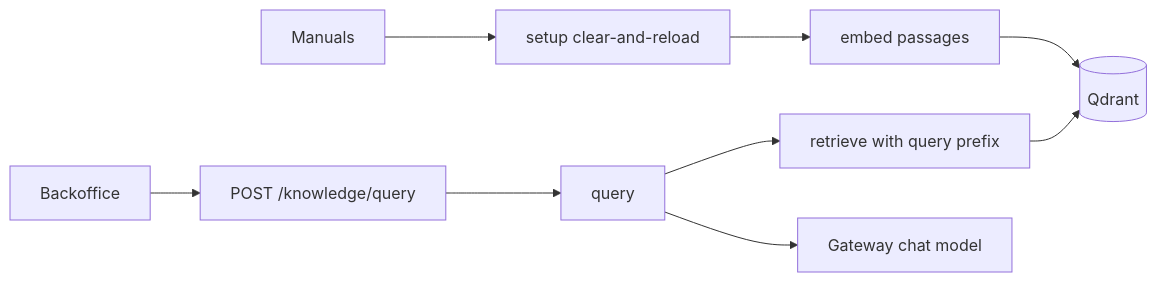
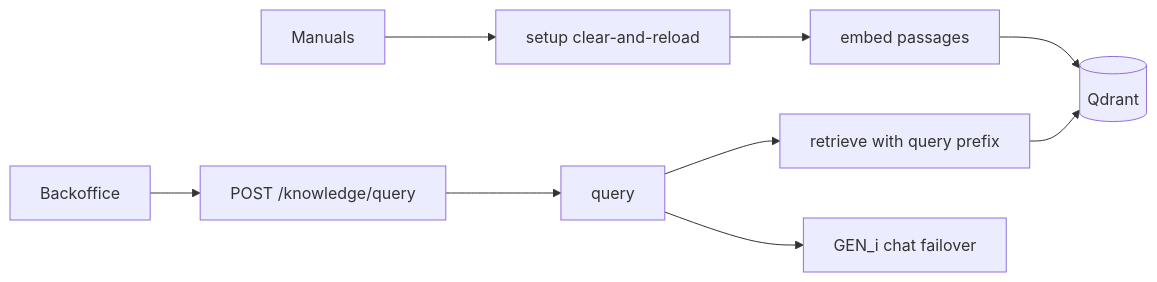
Before and after one commit to Settar-Mengli/brasaland-digital: the diagram in docs/rag/rag-design.md, drawn with Mermaid. The commit also changed other lines of this file and 5 other files, not shown here.

````diff
--- a/docs/rag/rag-design.md
+++ b/docs/rag/rag-design.md
@@ -14,11 +14,11 @@
 ```mermaid
 flowchart LR
   MD[Manuals] --> Setup[setup clear-and-reload]
   Setup --> Embed[embed passages]
   Embed --> Qdrant[(Qdrant)]
   UI[Backoffice] --> API[POST /knowledge/query]
   API --> Query[query]
   Query --> Retr[retrieve with query prefix]
   Retr --> Qdrant
-  Query --> LLM[Gateway chat model]
+  Query --> LLM[GEN_i chat failover]
 ```
````
